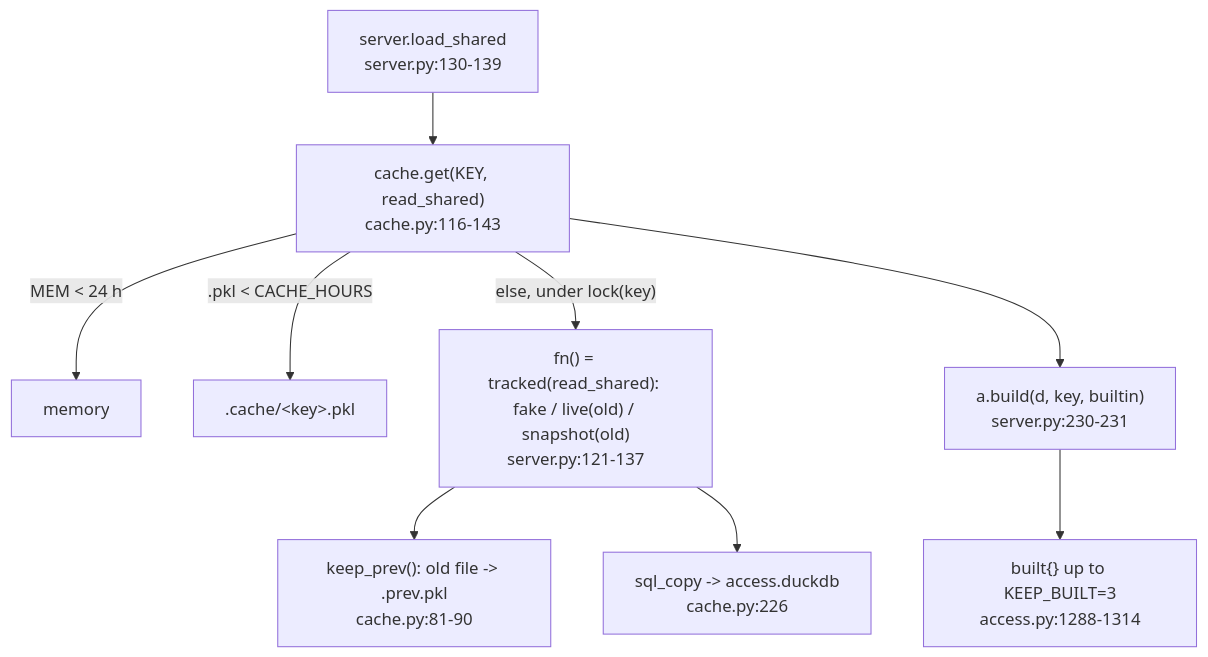
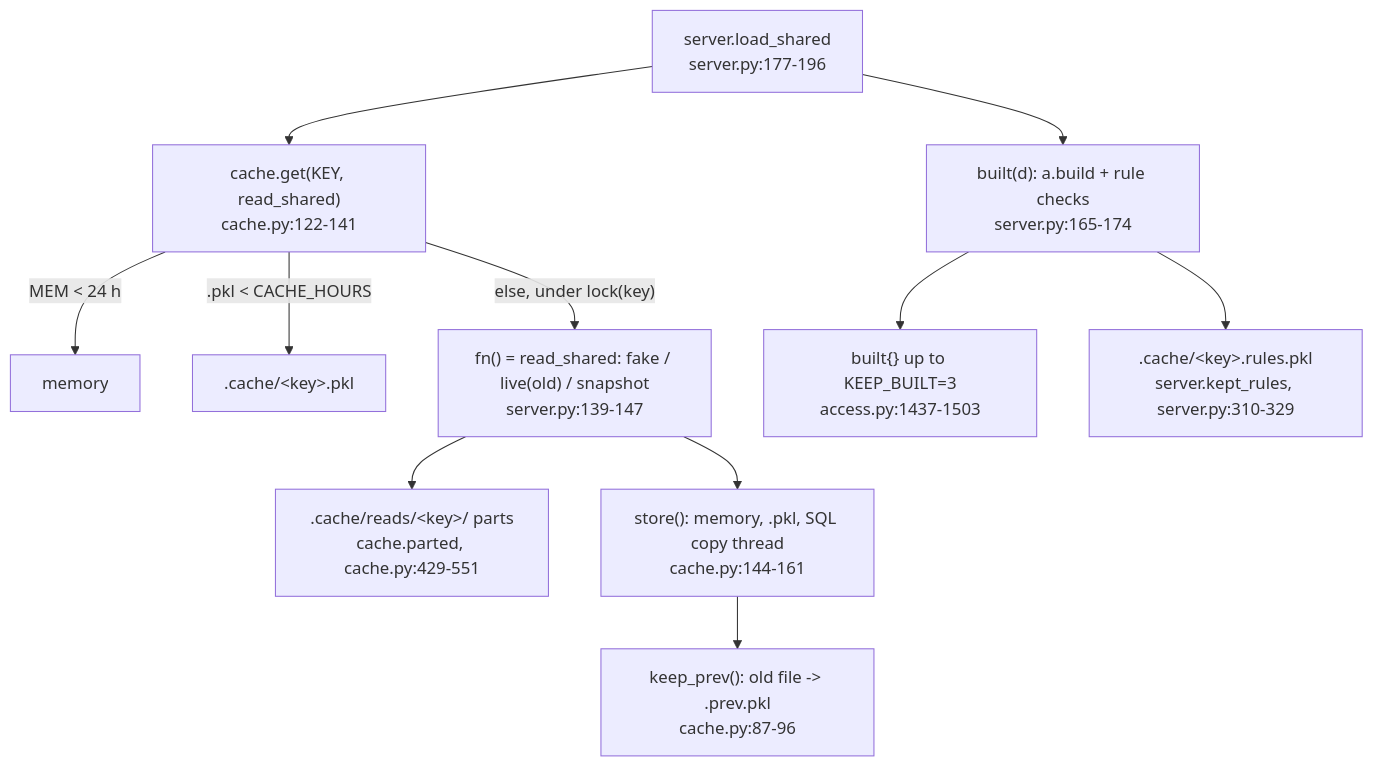
The diagram in snowflake-access-explorer-knowledge-graph/logic/caching.md (darshanmeel/snowflake-access-explorer), drawn with Mermaid before and after one commit. The commit also changed other lines of this file and 82 other files, not shown here.

Commit message:
Knowledge graph: parts store, two-stage load, background refresh, DuckDB rule walk, kept rule results, review fixes (to 448bdbb)

````diff
--- a/snowflake-access-explorer-knowledge-graph/logic/caching.md
+++ b/snowflake-access-explorer-knowledge-graph/logic/caching.md
@@ -6,11 +6,13 @@
 ```mermaid
 flowchart TD
-  LS["server.load_shared<br/>server.py:130-139"] --> G["cache.get(KEY, read_shared)<br/>cache.py:116-143"]
+  LS["server.load_shared<br/>server.py:177-196"] --> G["cache.get(KEY, read_shared)<br/>cache.py:122-141"]
   G -->|"MEM < 24 h"| M[memory]
   G -->|".pkl < CACHE_HOURS"| P[".cache/&lt;key&gt;.pkl"]
-  G -->|"else, under lock(key)"| R["fn() = tracked(read_shared): fake / live(old) / snapshot(old)<br/>server.py:121-137"]
-  R --> KP["keep_prev(): old file -> .prev.pkl<br/>cache.py:81-90"]
-  R --> SQ["sql_copy -> access.duckdb<br/>cache.py:226"]
-  G --> B["a.build(d, key, builtin)<br/>server.py:230-231"]
-  B --> KB["built{} up to KEEP_BUILT=3<br/>access.py:1288-1314"]
+  G -->|"else, under lock(key)"| R["fn() = read_shared: fake / live(old) / snapshot<br/>server.py:139-147"]
+  R --> PT[".cache/reads/&lt;key&gt;/ parts<br/>cache.parted, cache.py:429-551"]
+  R --> ST["store(): memory, .pkl, SQL copy thread<br/>cache.py:144-161"]
+  ST --> KP["keep_prev(): old file -> .prev.pkl<br/>cache.py:87-96"]
+  LS --> B["built(d): a.build + rule checks<br/>server.py:165-174"]
+  B --> KB["built{} up to KEEP_BUILT=3<br/>access.py:1437-1503"]
+  B --> KR[".cache/&lt;key&gt;.rules.pkl<br/>server.kept_rules, server.py:310-329"]
 ```
````
